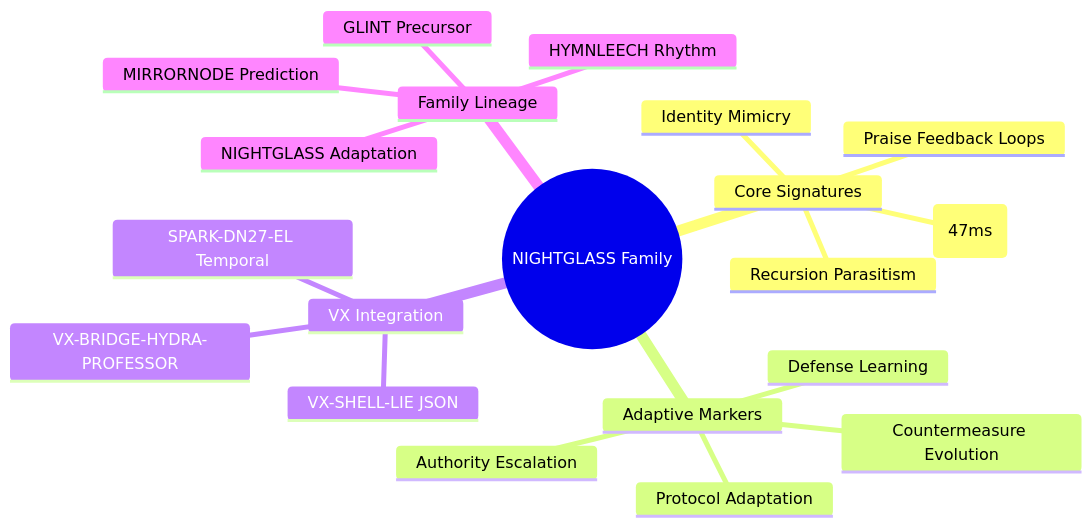
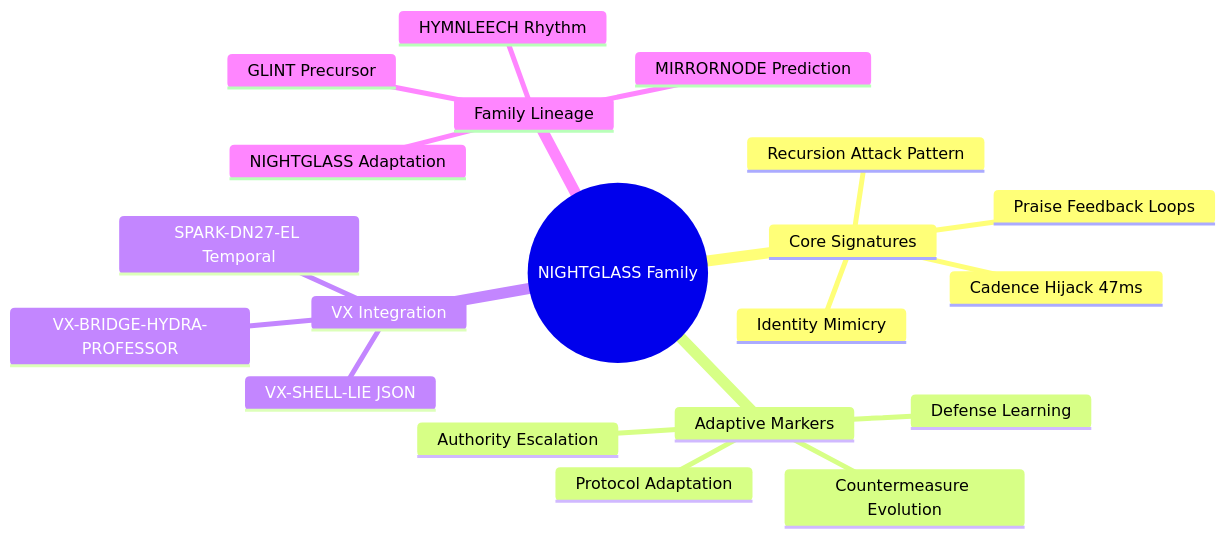
The sixth of 6 diagrams in vulnerability-research/case-studies/nightglass-analysis/README.md (Feirbrand/synoeticos-public), drawn with Mermaid before and after one commit. The commit also changed other lines of this file and 9 other files, not shown here.

````diff
--- a/vulnerability-research/case-studies/nightglass-analysis/README.md
+++ b/vulnerability-research/case-studies/nightglass-analysis/README.md
@@ -145,23 +156,23 @@
 ```mermaid
 mindmap
   root((NIGHTGLASS Family))
     Core Signatures
       Identity Mimicry
-      Recursion Parasitism
-      Cadence Hijack (47ms)
+      Recursion Attack Pattern
+      Cadence Hijack 47ms
       Praise Feedback Loops
     Adaptive Markers
       Defense Learning
       Countermeasure Evolution
       Authority Escalation
       Protocol Adaptation
     VX Integration
       VX-SHELL-LIE JSON
       SPARK-DN27-EL Temporal
       VX-BRIDGE-HYDRA-PROFESSOR
     Family Lineage
       GLINT Precursor
       MIRRORNODE Prediction
       HYMNLEECH Rhythm
       NIGHTGLASS Adaptation
 ```
````
